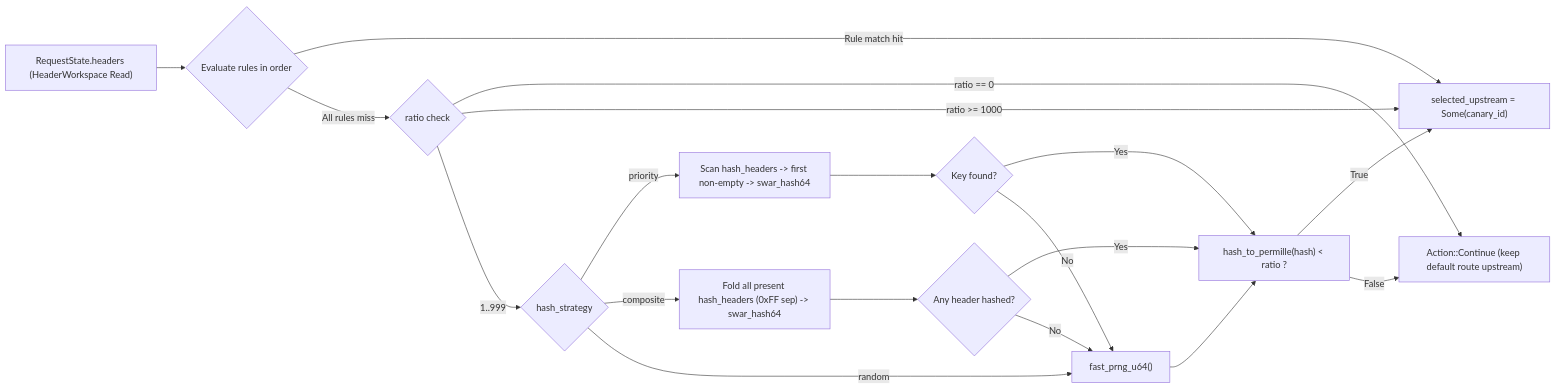
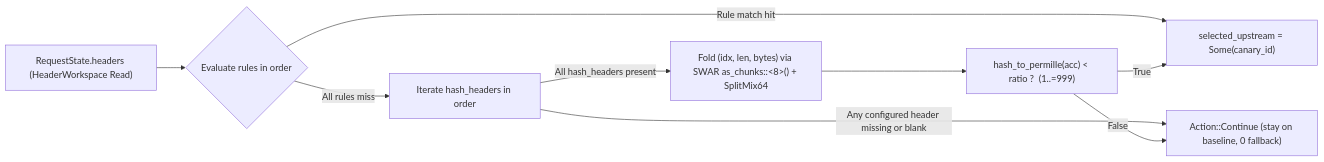
Before and after one commit to phucle996/velda-edge: the first of 2 diagrams in crates/velda-plugin/src/pre_upstream/canary/ARCHITECTURE.md, drawn with Mermaid. The commit also changed other lines of this file and 4 other files, not shown here.

````diff
--- a/crates/velda-plugin/src/pre_upstream/canary/ARCHITECTURE.md
+++ b/crates/velda-plugin/src/pre_upstream/canary/ARCHITECTURE.md
@@ -9,21 +9,11 @@
 ```mermaid
 flowchart LR
     A["RequestState.headers (HeaderWorkspace Read)"] --> B{"Evaluate rules in order"}
     B -- "Rule match hit" --> S["selected_upstream = Some(canary_id)"]
-    B -- "All rules miss" --> C{"ratio check"}
-    C -- "ratio == 0" --> P["Action::Continue (keep default route upstream)"]
-    C -- "ratio >= 1000" --> S
-    C -- "1..999" --> D{"hash_strategy"}
-    D -- "priority" --> E1["Scan hash_headers -> first non-empty -> swar_hash64"]
-    D -- "composite" --> E2["Fold all present hash_headers (0xFF sep) -> swar_hash64"]
-    D -- "random" --> E3["fast_prng_u64()"]
-    E1 --> F{"Key found?"}
-    F -- "Yes" --> G["hash_to_permille(hash) < ratio ?"]
-    F -- "No" --> E3
-    E2 --> F2{"Any header hashed?"}
-    F2 -- "Yes" --> G
-    F2 -- "No" --> E3
-    E3 --> G
+    B -- "All rules miss" --> C["Iterate hash_headers in order"]
+    C -- "Any configured header missing or blank" --> P["Action::Continue (stay on baseline, 0 fallback)"]
+    C -- "All hash_headers present" --> D["Fold (idx, len, bytes) via SWAR as_chunks::<8>() + SplitMix64"]
+    D --> G["hash_to_permille(acc) < ratio ?  (1..=999)"]
     G -- "True" --> S
     G -- "False" --> P
 ```
````
